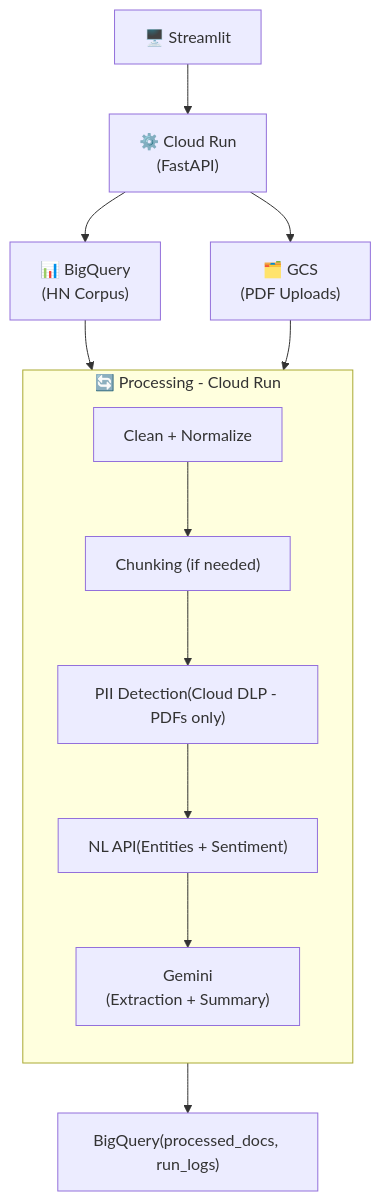
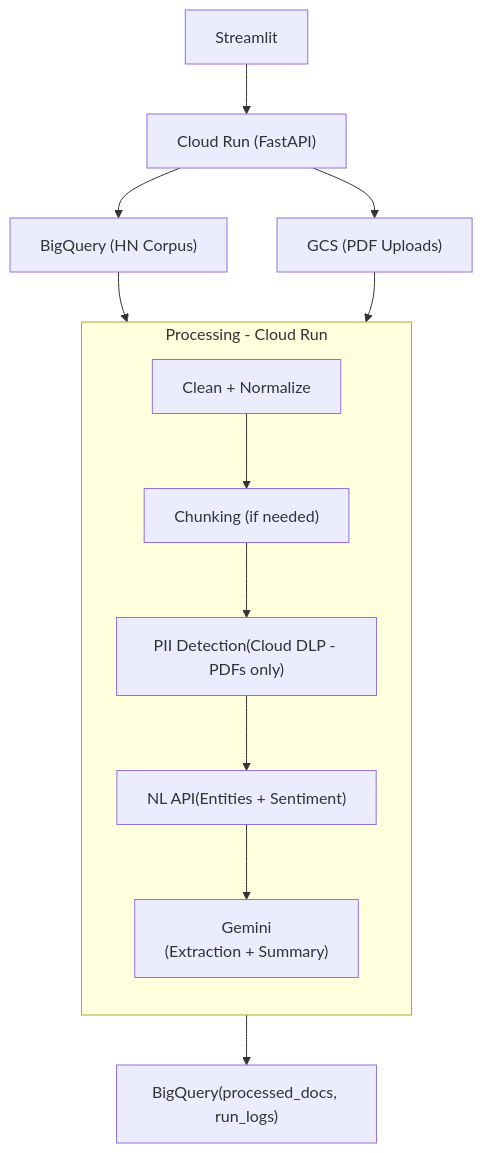
Before and after one commit to AthiraSreenath/gcp-document-intelligence-system: the diagram in README.md, drawn with Mermaid.

Commit message:
Modifying to make correct BQ explanations

````diff
--- a/README.md
+++ b/README.md
@@ -26,28 +26,28 @@
 ```mermaid
 flowchart TD
-    UI["🖥️ Streamlit"]
-    CR["⚙️ Cloud Run\n(FastAPI)"]
-    BQ_IN["📊 BigQuery\n(HN Corpus)"]
-    GCS["🗂️ GCS\n(PDF Uploads)"]
+    UI["Streamlit"]
+    CR["Cloud Run (FastAPI)"]
+    BQ_IN["BigQuery (HN Corpus)"]
+    GCS["GCS (PDF Uploads)"]
 
-    subgraph PROC["🔄 Processing - Cloud Run"]
+    subgraph PROC["Processing - Cloud Run"]
         direction TB
         P1["Clean + Normalize"]
         P2["Chunking (if needed)"]
         P3["PII Detection(Cloud DLP - PDFs only)"]
         P4["NL API(Entities + Sentiment)"]
         P5["Gemini\n(Extraction + Summary)"]
 
         P1 --> P2 --> P3 --> P4
         P4 --> P5
     end
 
     BQ_OUT["BigQuery(processed_docs, run_logs)"]
 
     UI --> CR
     CR --> BQ_IN
     CR --> GCS
     BQ_IN --> PROC
     GCS --> PROC
     PROC --> BQ_OUT
 ```
````
